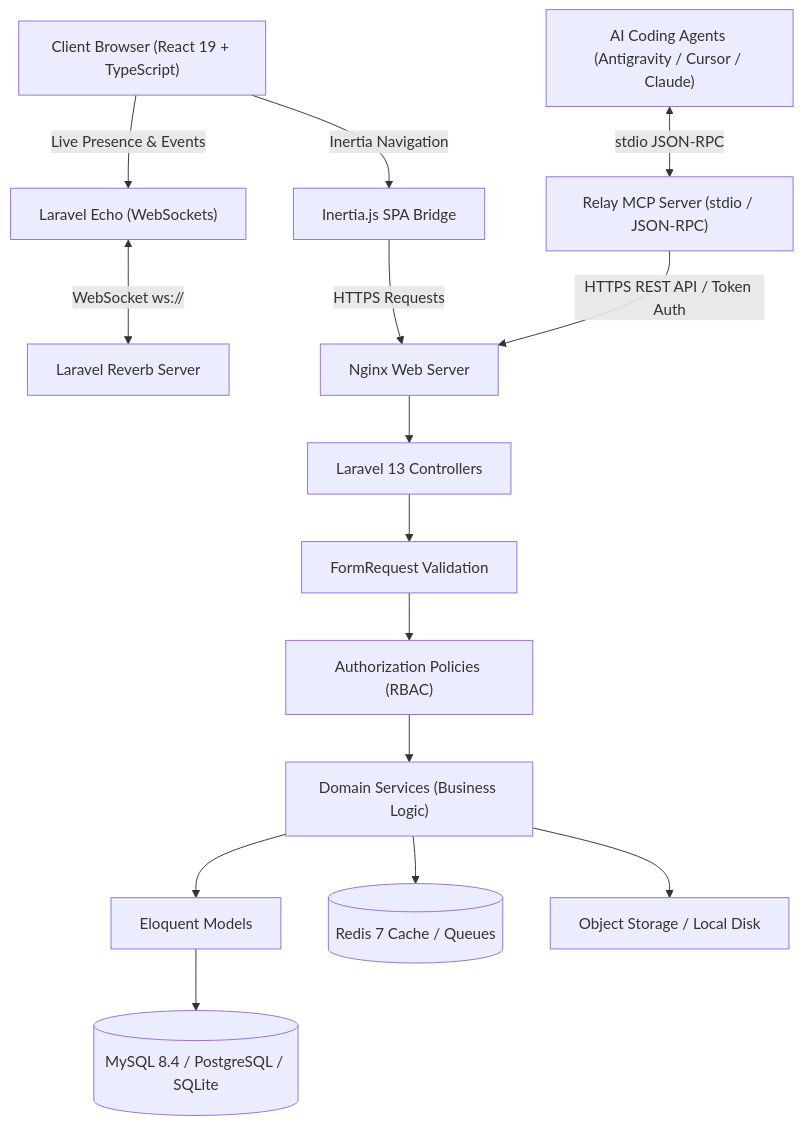
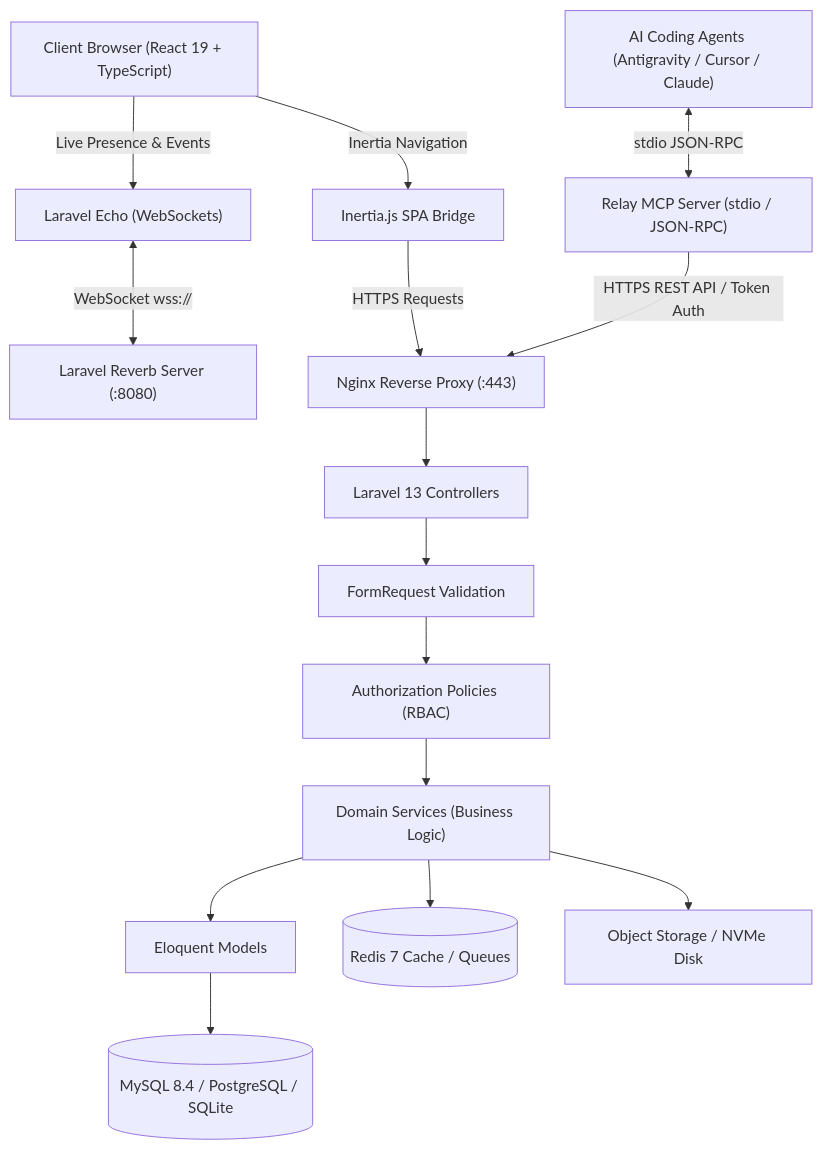
The second of 2 diagrams in README.md (Kingof3O/relay), drawn with Mermaid before and after one commit. The commit also changed other lines of this file and 70 other files, not shown here.

````diff
--- a/README.md
+++ b/README.md
@@ -156,38 +235,38 @@
 ```mermaid
 flowchart TD
     Client["Client Browser (React 19 + TypeScript)"]
     Inertia["Inertia.js SPA Bridge"]
     Echo["Laravel Echo (WebSockets)"]
     Agent["AI Coding Agents (Antigravity / Cursor / Claude)"]
     MCP["Relay MCP Server (stdio / JSON-RPC)"]
     
-    Reverb["Laravel Reverb Server"]
-    Nginx["Nginx Web Server"]
+    Reverb["Laravel Reverb Server (:8080)"]
+    Nginx["Nginx Reverse Proxy (:443)"]
     
     Controller["Laravel 13 Controllers"]
     FormRequest["FormRequest Validation"]
     Policy["Authorization Policies (RBAC)"]
     Service["Domain Services (Business Logic)"]
     Model["Eloquent Models"]
     
     Database[(MySQL 8.4 / PostgreSQL / SQLite)]
     Redis[(Redis 7 Cache / Queues)]
-    Storage["Object Storage / Local Disk"]
+    Storage["Object Storage / NVMe Disk"]
     
     Client -->|Inertia Navigation| Inertia
     Client -->|Live Presence & Events| Echo
-    Echo <-->|WebSocket ws://| Reverb
+    Echo <-->|WebSocket wss://| Reverb
     
     Agent <-->|stdio JSON-RPC| MCP
     MCP -->|HTTPS REST API / Token Auth| Nginx
     
     Inertia -->|HTTPS Requests| Nginx
     Nginx --> Controller
     Controller --> FormRequest
     FormRequest --> Policy
     Policy --> Service
     Service --> Model
     Model --> Database
     Service --> Redis
     Service --> Storage
 ```
````
